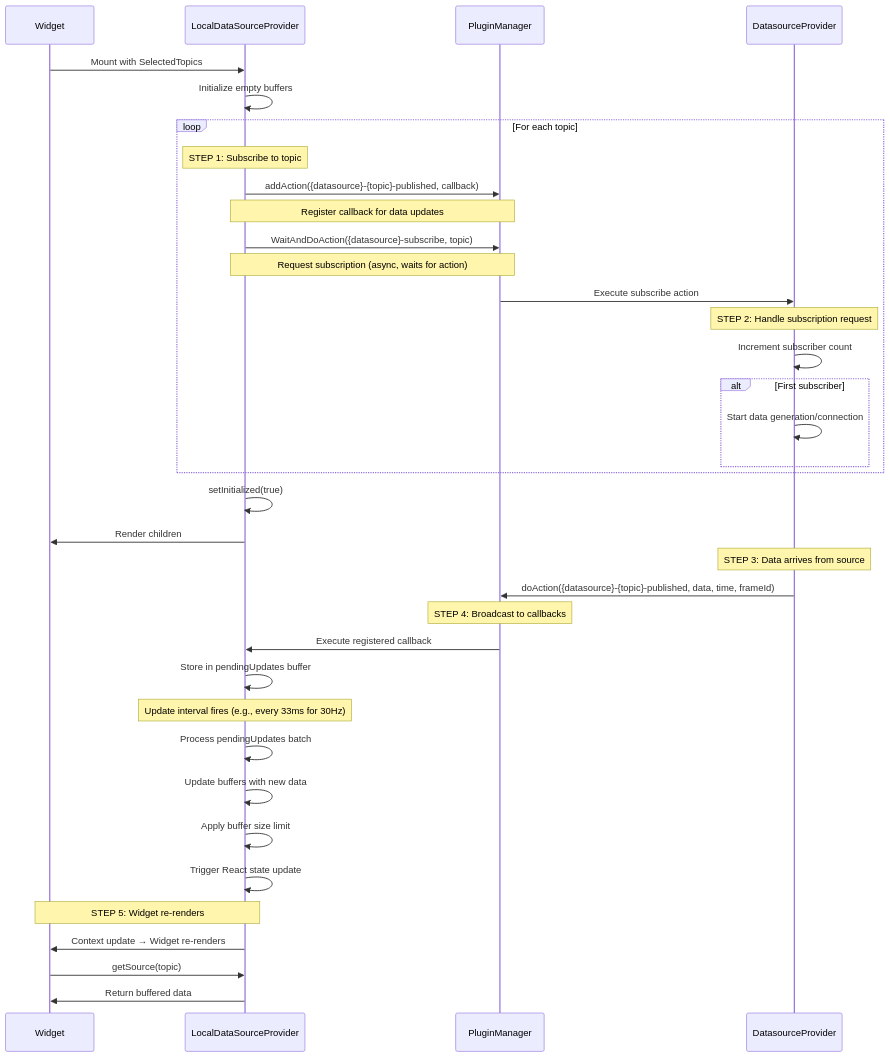
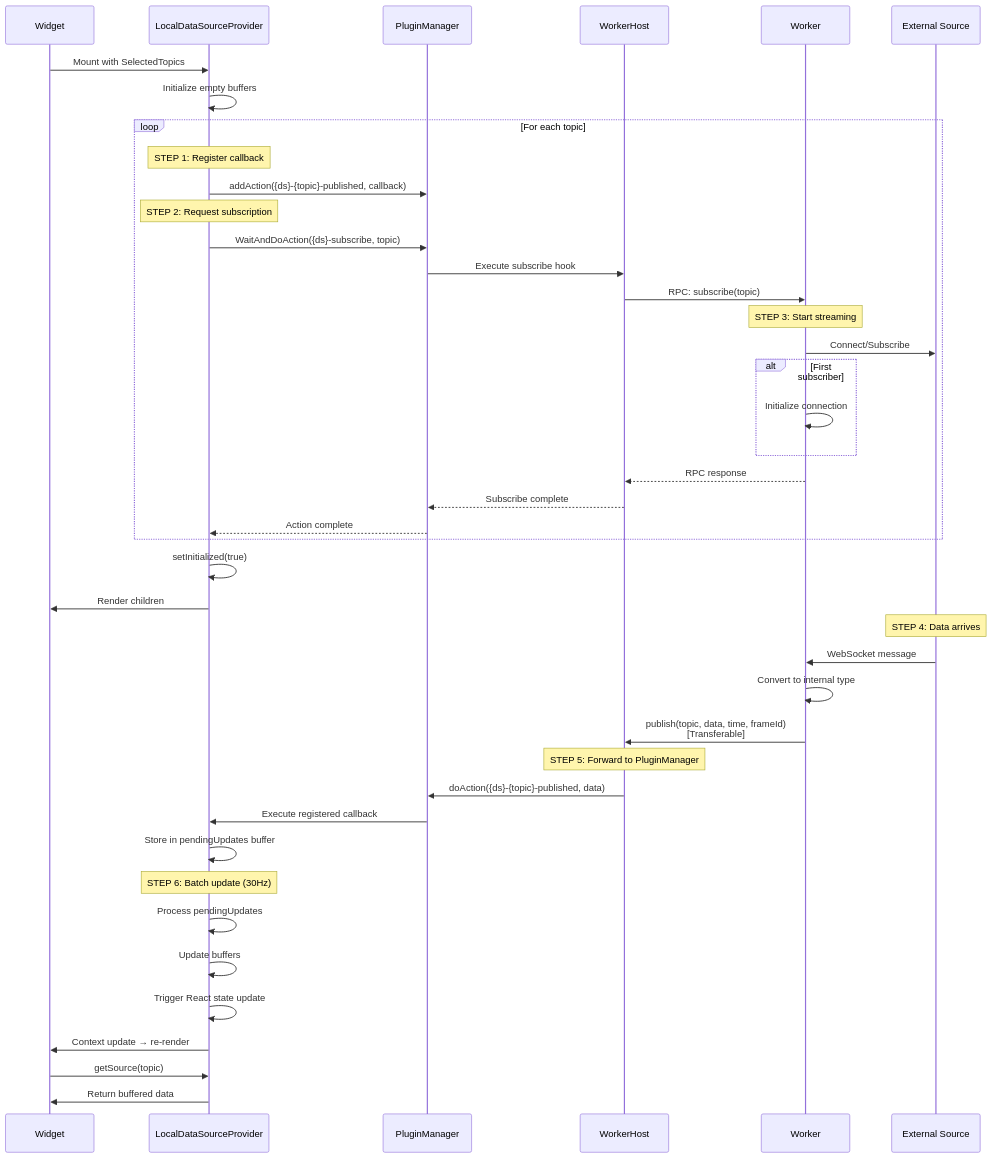
One commit to RMA-Robotics-Autonomous-Systems/ORMI changed the fifth of 6 diagrams in apps/web/content/docs/v1/core/data-flow.md. Above: the diagram before and after it, drawn with Mermaid. The commit also changed other lines of this file and 4 other files, not shown here.

````diff
--- a/apps/web/content/docs/v1/core/data-flow.md
+++ b/apps/web/content/docs/v1/core/data-flow.md
@@ -256,43 +375,53 @@
 ```mermaid
 sequenceDiagram
     participant W as Widget
     participant L as LocalDataSourceProvider
     participant PM as PluginManager
-    participant DS as DatasourceProvider
+    participant HOST as WorkerHost
+    participant WORKER as Worker
+    participant EXT as External Source
 
     W->>L: Mount with SelectedTopics
     L->>L: Initialize empty buffers
 
     loop For each topic
-        Note over L: STEP 1: Subscribe to topic
-        L->>PM: addAction({datasource}-{topic}-published, callback)
-        Note over L,PM: Register callback for data updates
-        L->>PM: WaitAndDoAction({datasource}-subscribe, topic)
-        Note over L,PM: Request subscription (async, waits for action)
-        PM->>DS: Execute subscribe action
-        Note over DS: STEP 2: Handle subscription request
-        DS->>DS: Increment subscriber count
+        Note over L: STEP 1: Register callback
+        L->>PM: addAction({ds}-{topic}-published, callback)
+
+        Note over L: STEP 2: Request subscription
+        L->>PM: WaitAndDoAction({ds}-subscribe, topic)
+        PM->>HOST: Execute subscribe hook
+        HOST->>WORKER: RPC: subscribe(topic)
+
+        Note over WORKER: STEP 3: Start streaming
+        WORKER->>EXT: Connect/Subscribe
         alt First subscriber
-            DS->>DS: Start data generation/connection
+            WORKER->>WORKER: Initialize connection
         end
+
+        WORKER-->>HOST: RPC response
+        HOST-->>PM: Subscribe complete
+        PM-->>L: Action complete
     end
 
     L->>L: setInitialized(true)
     L->>W: Render children
 
-    Note over DS: STEP 3: Data arrives from source
-    DS->>PM: doAction({datasource}-{topic}-published, data, time, frameId)
-    Note over PM: STEP 4: Broadcast to callbacks
+    Note over EXT: STEP 4: Data arrives
+    EXT->>WORKER: WebSocket message
+    WORKER->>WORKER: Convert to internal type
+    WORKER->>HOST: publish(topic, data, time, frameId)<br/>[Transferable]
+
+    Note over HOST: STEP 5: Forward to PluginManager
+    HOST->>PM: doAction({ds}-{topic}-published, data)
     PM->>L: Execute registered callback
     L->>L: Store in pendingUpdates buffer
 
-    Note over L: Update interval fires (e.g., every 33ms for 30Hz)
-    L->>L: Process pendingUpdates batch
-    L->>L: Update buffers with new data
-    L->>L: Apply buffer size limit
+    Note over L: STEP 6: Batch update (30Hz)
+    L->>L: Process pendingUpdates
+    L->>L: Update buffers
     L->>L: Trigger React state update
-    Note over L,W: STEP 5: Widget re-renders
-    L->>W: Context update → Widget re-renders
+    L->>W: Context update → re-render
     W->>L: getSource(topic)
     L->>W: Return buffered data
 ```
````
